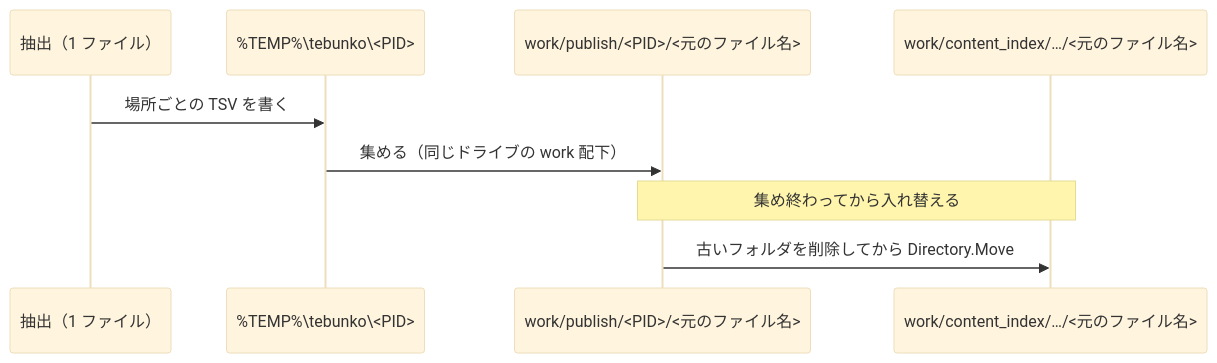
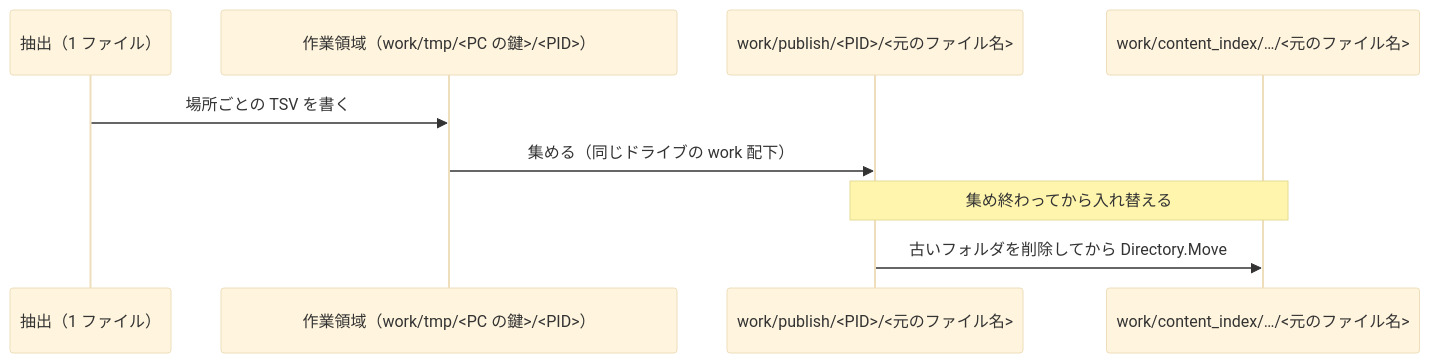
Before and after one commit to hsgwa/tebunko: the first of 3 diagrams in docs/design/index-data/publish.md, drawn with Mermaid (base theme). The commit also changed other lines of this file and 28 other files, not shown here.

````diff
--- a/docs/design/index-data/publish.md
+++ b/docs/design/index-data/publish.md
@@ -9,12 +9,12 @@
 ```mermaid
 sequenceDiagram
     participant EX as 抽出（1 ファイル）
-    participant TMP as %TEMP%\tebunko\<PID>
+    participant TMP as 作業領域（work/tmp/#lt;PC の鍵#gt;/#lt;PID#gt;）
     participant OUT as work/publish/<PID>/<元のファイル名>
     participant IDX as work/content_index/…/<元のファイル名>
 
     EX->>TMP: 場所ごとの TSV を書く
     TMP->>OUT: 集める（同じドライブの work 配下）
     Note over OUT,IDX: 集め終わってから入れ替える
     OUT->>IDX: 古いフォルダを削除してから Directory.Move
 ```
````
